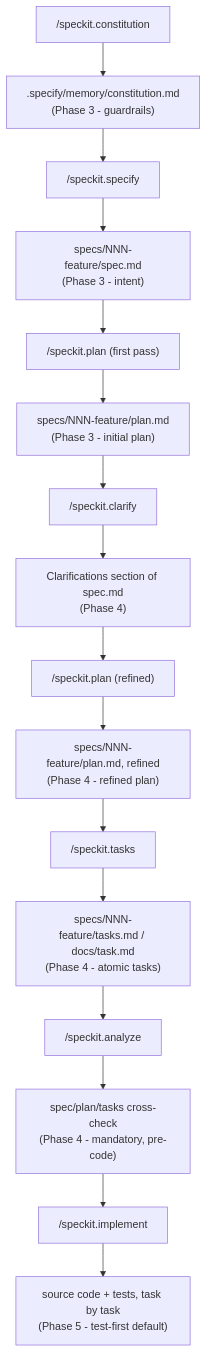
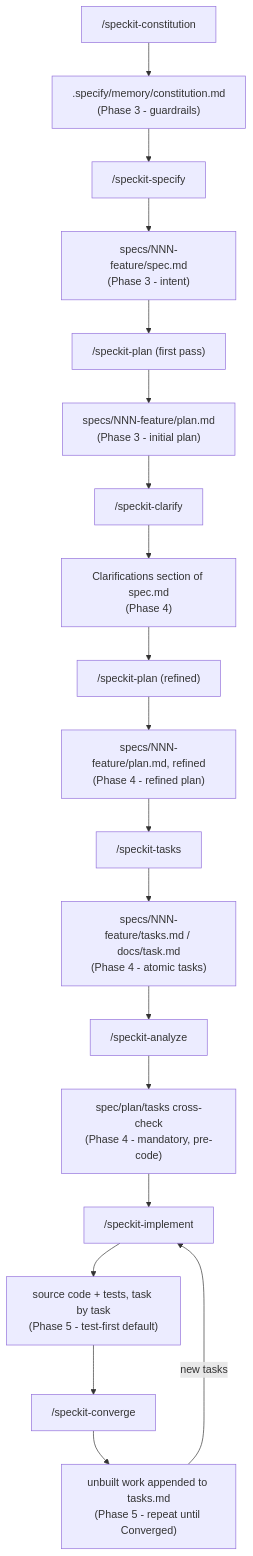
The fifth of 6 diagrams in docs/visuals/template-visual-overview.md (licorsy/ai-assisted-sdd-template), drawn with Mermaid before and after one commit. The commit also changed other lines of this file and 12 other files, not shown here.

First line of the commit message:
fix(spec-kit): pin the install, use /speckit-<command>, add converge

````diff
--- a/docs/visuals/template-visual-overview.md
+++ b/docs/visuals/template-visual-overview.md
@@ -137,18 +137,21 @@
 ```mermaid
 flowchart TD
-    C["/speckit.constitution"] --> CA[".specify/memory/constitution.md<br/>(Phase 3 - guardrails)"]
-    S["/speckit.specify"] --> SA["specs/NNN-feature/spec.md<br/>(Phase 3 - intent)"]
-    P1["/speckit.plan (first pass)"] --> PA["specs/NNN-feature/plan.md<br/>(Phase 3 - initial plan)"]
-    CL["/speckit.clarify"] --> CLA["Clarifications section of spec.md<br/>(Phase 4)"]
-    P2["/speckit.plan (refined)"] --> PB["specs/NNN-feature/plan.md, refined<br/>(Phase 4 - refined plan)"]
-    T["/speckit.tasks"] --> TA["specs/NNN-feature/tasks.md / docs/task.md<br/>(Phase 4 - atomic tasks)"]
-    AN["/speckit.analyze"] --> ANA["spec/plan/tasks cross-check<br/>(Phase 4 - mandatory, pre-code)"]
-    I["/speckit.implement"] --> IA["source code + tests, task by task<br/>(Phase 5 - test-first default)"]
+    C["/speckit-constitution"] --> CA[".specify/memory/constitution.md<br/>(Phase 3 - guardrails)"]
+    S["/speckit-specify"] --> SA["specs/NNN-feature/spec.md<br/>(Phase 3 - intent)"]
+    P1["/speckit-plan (first pass)"] --> PA["specs/NNN-feature/plan.md<br/>(Phase 3 - initial plan)"]
+    CL["/speckit-clarify"] --> CLA["Clarifications section of spec.md<br/>(Phase 4)"]
+    P2["/speckit-plan (refined)"] --> PB["specs/NNN-feature/plan.md, refined<br/>(Phase 4 - refined plan)"]
+    T["/speckit-tasks"] --> TA["specs/NNN-feature/tasks.md / docs/task.md<br/>(Phase 4 - atomic tasks)"]
+    AN["/speckit-analyze"] --> ANA["spec/plan/tasks cross-check<br/>(Phase 4 - mandatory, pre-code)"]
+    I["/speckit-implement"] --> IA["source code + tests, task by task<br/>(Phase 5 - test-first default)"]
+    CV["/speckit-converge"] --> CVA["unbuilt work appended to tasks.md<br/>(Phase 5 - repeat until Converged)"]
     CA --> S
     SA --> P1
     PA --> CL
     CLA --> P2
     PB --> T
     TA --> AN
     ANA --> I
+    IA --> CV
+    CVA -->|new tasks| I
 ```
````
